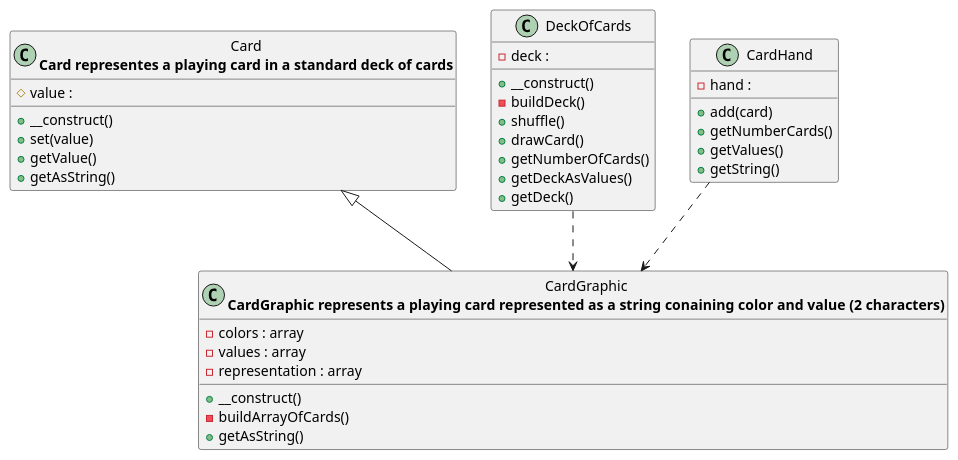
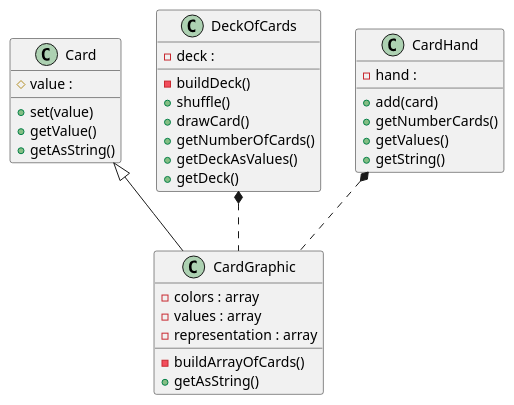
One commit to pebe22-bth/mvc changed the diagram in templates/card/class_diagram/Card.puml. Above: the diagram before and after it, drawn with PlantUML. The commit also changed 16 other files, not shown here.

```diff
--- a/templates/card/class_diagram/Card.puml
+++ b/templates/card/class_diagram/Card.puml
@@ -1,37 +1,34 @@
-@startuml class-diagram
-  class "Card\n<b>Card representes a playing card in a standard deck of cards</b>" as Card {
+@startuml Card
+  class "Card" as Card {
     #value : 
-    +__construct()
     +set(value)
     +getValue()
     +getAsString()
   }
-  class "CardGraphic\n<b>CardGraphic represents a playing card represented as a string conaining color and value (2 characters)</b>" as CardGraphic {
+  class "CardGraphic" as CardGraphic {
     -colors : array
     -values : array
     -representation : array
-    +__construct()
     -buildArrayOfCards()
     +getAsString()
   }
   class "DeckOfCards" as DeckOfCards {
     -deck : 
-    +__construct()
     -buildDeck()
     +shuffle()
     +drawCard()
     +getNumberOfCards()
     +getDeckAsValues()
     +getDeck()
   }
   class "CardHand" as CardHand {
     -hand : 
     +add(card)
     +getNumberCards()
     +getValues()
     +getString()
   }
   Card <|-- CardGraphic
-  CardHand ..> CardGraphic
-  DeckOfCards ..> CardGraphic
+  CardHand *.. CardGraphic
+  DeckOfCards *.. CardGraphic
 @enduml
```
